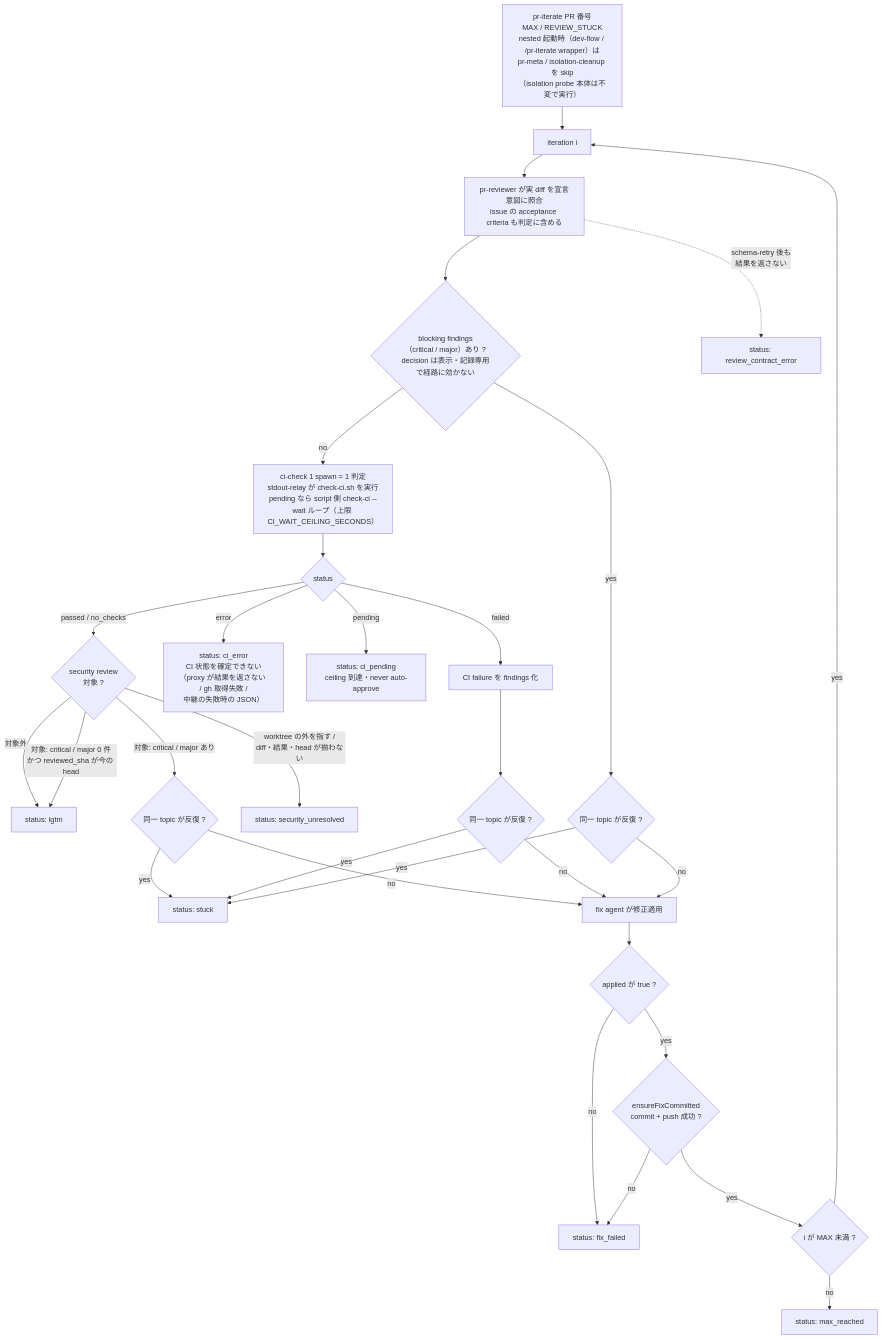
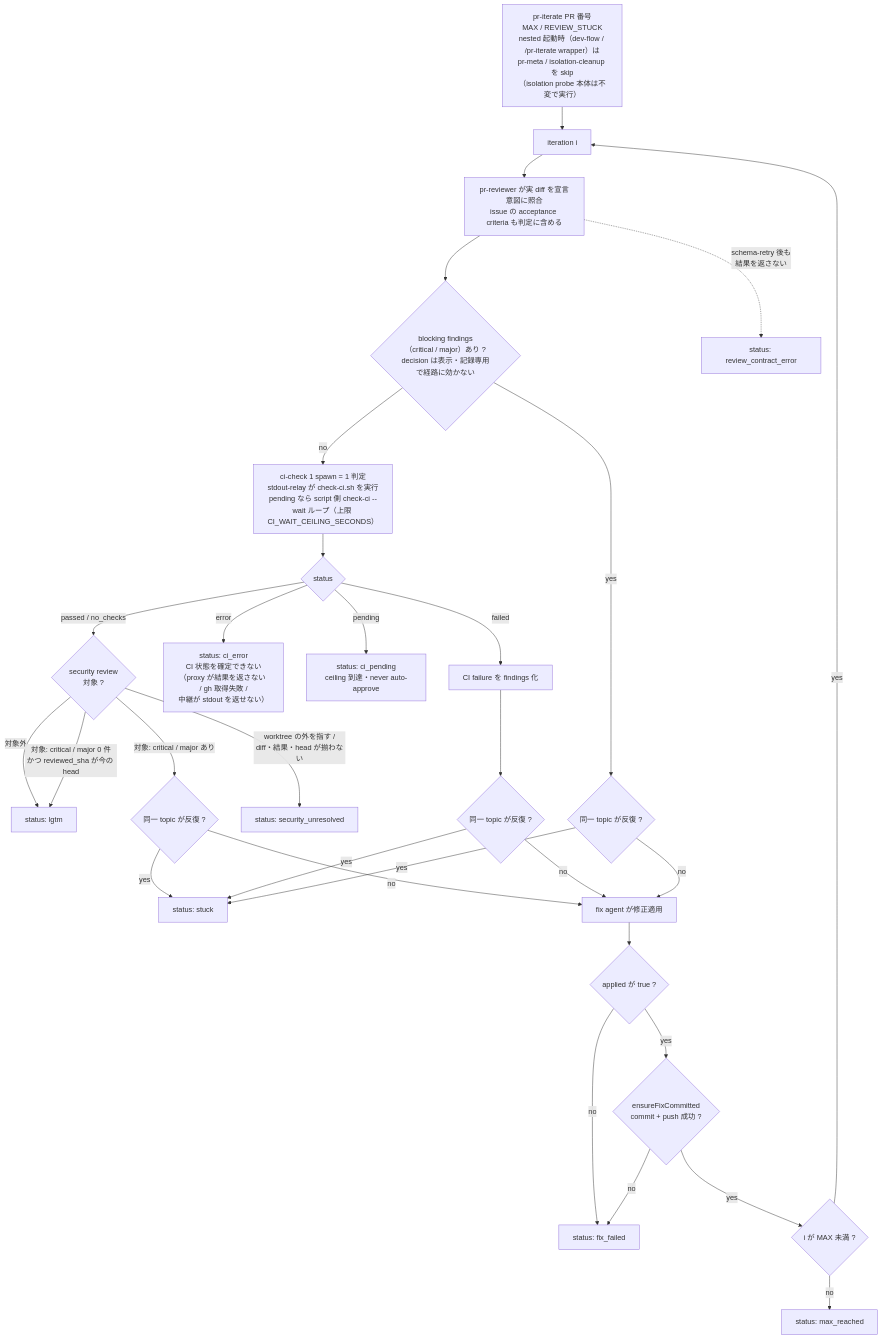
Diagram 12 of 13 in docs/dev-flow-atlas.md (it-all-playpark/claude-plugins), drawn with Mermaid before and after one commit. The commit also changed other lines of this file and 18 other files, not shown here.

First line of the commit message:
fix(dev-flow): CI 判定の中継に check-ci の stdout を object に組み立て直させず 1 行の文字列で返させ、転写の揺れで hook に拒否されて CI が通っていても ci_pending / ci_error で終わる経路を無くす (#1392) (#1395)

````diff
--- a/docs/dev-flow-atlas.md
+++ b/docs/dev-flow-atlas.md
@@ -355,36 +355,36 @@
 ```mermaid
 flowchart TD
     IN["pr-iterate PR 番号<br/>MAX / REVIEW_STUCK<br/>nested 起動時（dev-flow / /pr-iterate wrapper）は<br/>pr-meta / isolation-cleanup を skip<br/>（isolation probe 本体は不変で実行）"] --> LOOP["iteration i"]
     LOOP --> REV["pr-reviewer が実 diff を宣言意図に照合<br/>issue の acceptance criteria も判定に含める"]
     REV --> BL{"blocking findings<br/>（critical / major）あり ?<br/>decision は表示・記録専用で経路に効かない"}
     REV -.->|"schema-retry 後も<br/>結果を返さない"| RCE["status: review_contract_error"]
 
     CI --> CS{"status"}
     CS -->|"passed / no_checks"| SEC{"security review<br/>対象 ?"}
     SEC -->|"対象外"| LGTM["status: lgtm"]
     SEC -->|"対象: critical / major 0 件<br/>かつ reviewed_sha が今の head"| LGTM
     SEC -->|"対象: critical / major あり"| STK3{"同一 topic が反復 ?"}
     STK3 -->|yes| STUCK
     STK3 -->|no| FIX
     SEC -->|"worktree の外を指す /<br/>diff・結果・head が揃わない"| SECU["status: security_unresolved"]
-    CS -->|error| ERR["status: ci_error<br/>CI 状態を確定できない<br/>（proxy が結果を返さない / gh 取得失敗 /<br/>中継の失敗時の JSON）"]
+    CS -->|error| ERR["status: ci_error<br/>CI 状態を確定できない<br/>（proxy が結果を返さない / gh 取得失敗 /<br/>中継が stdout を返せない）"]
     CS -->|pending| PEND["status: ci_pending<br/>ceiling 到達・never auto-approve"]
     CS -->|failed| CIF["CI failure を findings 化"]
 
     CIF --> STK1{"同一 topic が反復 ?"}
     STK1 -->|yes| STUCK["status: stuck"]
     STK1 -->|no| FIX
 
     BL -->|no| CI["ci-check 1 spawn = 1 判定<br/>stdout-relay が check-ci.sh を実行<br/>pending なら script 側 check-ci --wait ループ（上限 CI_WAIT_CEILING_SECONDS）"]
     BL -->|yes| STK2{"同一 topic が反復 ?"}
     STK2 -->|yes| STUCK
     STK2 -->|no| FIX["fix agent が修正適用"]
 
     FIX --> AP{"applied が true ?"}
     AP -->|no| FF["status: fix_failed"]
     AP -->|yes| CM{"ensureFixCommitted<br/>commit + push 成功 ?"}
     CM -->|no| FF
     CM -->|yes| NEXT{"i が MAX 未満 ?"}
     NEXT -->|yes| LOOP
     NEXT -->|no| MAXR["status: max_reached"]
 ```
````
